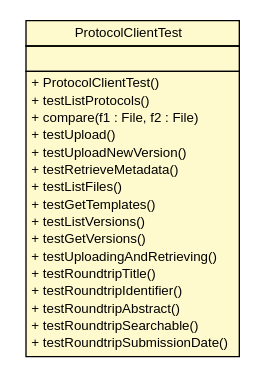
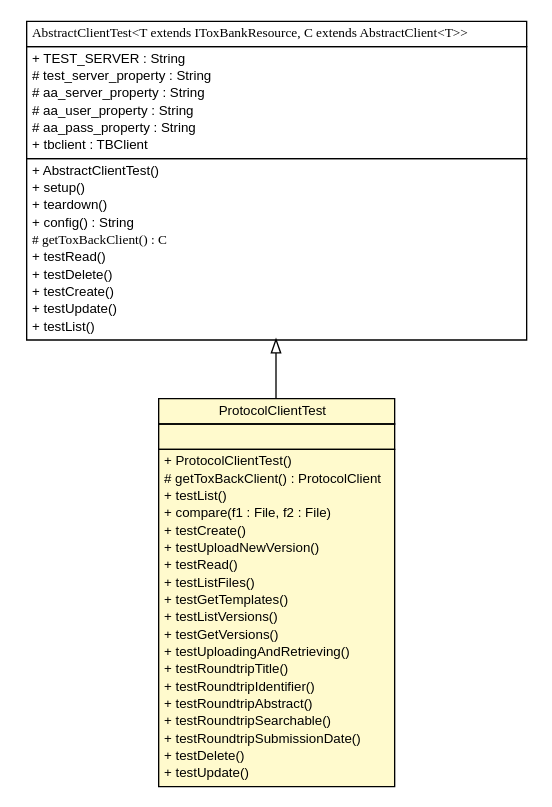
The diagram in testapidocs/net/toxbank/client/resource/ProtocolClientTest.dot (ToxBank/toxbank-api-client), drawn with Graphviz before and after one commit. The commit also changed 57 other files, not shown here.

```diff
--- a/testapidocs/net/toxbank/client/resource/ProtocolClientTest.dot
+++ b/testapidocs/net/toxbank/client/resource/ProtocolClientTest.dot
@@ -1,37 +1,68 @@
 #!/usr/local/bin/dot
 #
 # Class diagram 
 # Generated by UmlGraph version 4.6 (http://www.spinellis.gr/sw/umlgraph)
 #
 
 digraph G {
 	edge [fontname="arial",fontsize=10,labelfontname="arial",labelfontsize=10];
 	node [fontname="arial",fontsize=10,shape=plaintext];
 	// net.toxbank.client.resource.ProtocolClientTest
 	c58 [label=<<table border="0" cellborder="1" cellspacing="0" cellpadding="2" port="p" bgcolor="lemonChiffon" href="./ProtocolClientTest.html">
 		<tr><td><table border="0" cellspacing="0" cellpadding="1">
 			<tr><td> ProtocolClientTest </td></tr>
 		</table></td></tr>
 		<tr><td><table border="0" cellspacing="0" cellpadding="1">
 			<tr><td align="left">  </td></tr>
 		</table></td></tr>
 		<tr><td><table border="0" cellspacing="0" cellpadding="1">
 			<tr><td align="left"> + ProtocolClientTest() </td></tr>
-			<tr><td align="left"> + testListProtocols() </td></tr>
+			<tr><td align="left"> # getToxBackClient() : ProtocolClient </td></tr>
+			<tr><td align="left"> + testList() </td></tr>
 			<tr><td align="left"> + compare(f1 : File, f2 : File) </td></tr>
-			<tr><td align="left"> + testUpload() </td></tr>
+			<tr><td align="left"> + testCreate() </td></tr>
 			<tr><td align="left"> + testUploadNewVersion() </td></tr>
-			<tr><td align="left"> + testRetrieveMetadata() </td></tr>
+			<tr><td align="left"> + testRead() </td></tr>
 			<tr><td align="left"> + testListFiles() </td></tr>
 			<tr><td align="left"> + testGetTemplates() </td></tr>
 			<tr><td align="left"> + testListVersions() </td></tr>
 			<tr><td align="left"> + testGetVersions() </td></tr>
 			<tr><td align="left"> + testUploadingAndRetrieving() </td></tr>
 			<tr><td align="left"> + testRoundtripTitle() </td></tr>
 			<tr><td align="left"> + testRoundtripIdentifier() </td></tr>
 			<tr><td align="left"> + testRoundtripAbstract() </td></tr>
 			<tr><td align="left"> + testRoundtripSearchable() </td></tr>
 			<tr><td align="left"> + testRoundtripSubmissionDate() </td></tr>
+			<tr><td align="left"> + testDelete() </td></tr>
+			<tr><td align="left"> + testUpdate() </td></tr>
 		</table></td></tr>
 		</table>>, fontname="arial", fontcolor="black", fontsize=10.0];
+	// net.toxbank.client.resource.AbstractClientTest<T extends net.toxbank.client.resource.IToxBankResource, C extends net.toxbank.client.resource.AbstractClient<T>>
+	c65 [label=<<table border="0" cellborder="1" cellspacing="0" cellpadding="2" port="p" href="./AbstractClientTest.html">
+		<tr><td><table border="0" cellspacing="0" cellpadding="1">
+			<tr><td><font face="ariali"> AbstractClientTest&lt;T extends IToxBankResource, C extends AbstractClient&lt;T&gt;&gt; </font></td></tr>
+		</table></td></tr>
+		<tr><td><table border="0" cellspacing="0" cellpadding="1">
+			<tr><td align="left"> + TEST_SERVER : String </td></tr>
+			<tr><td align="left"> # test_server_property : String </td></tr>
+			<tr><td align="left"> # aa_server_property : String </td></tr>
+			<tr><td align="left"> # aa_user_property : String </td></tr>
+			<tr><td align="left"> # aa_pass_property : String </td></tr>
+			<tr><td align="left"> + tbclient : TBClient </td></tr>
+		</table></td></tr>
+		<tr><td><table border="0" cellspacing="0" cellpadding="1">
+			<tr><td align="left"> + AbstractClientTest() </td></tr>
+			<tr><td align="left"> + setup() </td></tr>
+			<tr><td align="left"> + teardown() </td></tr>
+			<tr><td align="left"> + config() : String </td></tr>
+			<tr><td align="left"><font face="ariali" point-size="10.0"> # getToxBackClient() : C </font></td></tr>
+			<tr><td align="left"> + testRead() </td></tr>
+			<tr><td align="left"> + testDelete() </td></tr>
+			<tr><td align="left"> + testCreate() </td></tr>
+			<tr><td align="left"> + testUpdate() </td></tr>
+			<tr><td align="left"> + testList() </td></tr>
+		</table></td></tr>
+		</table>>, fontname="arial", fontcolor="black", fontsize=10.0];
+	//net.toxbank.client.resource.ProtocolClientTest extends net.toxbank.client.resource.AbstractClientTest<net.toxbank.client.resource.Protocol, net.toxbank.client.resource.ProtocolClient>
+	c65:p -> c58:p [dir=back,arrowtail=empty];
 }
```
